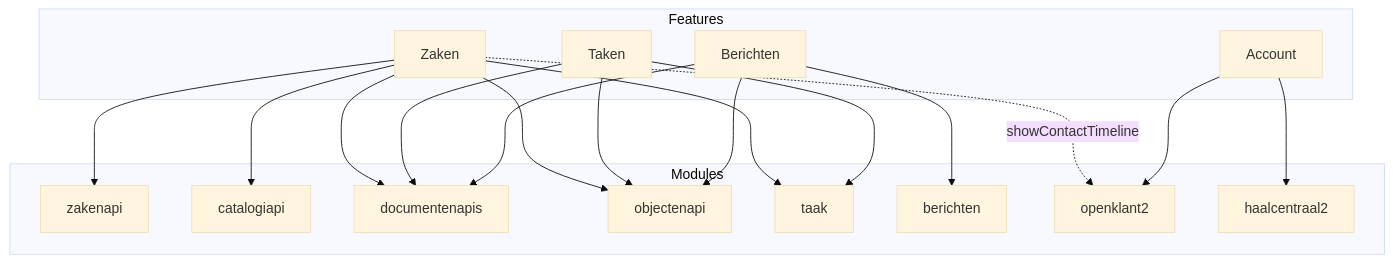
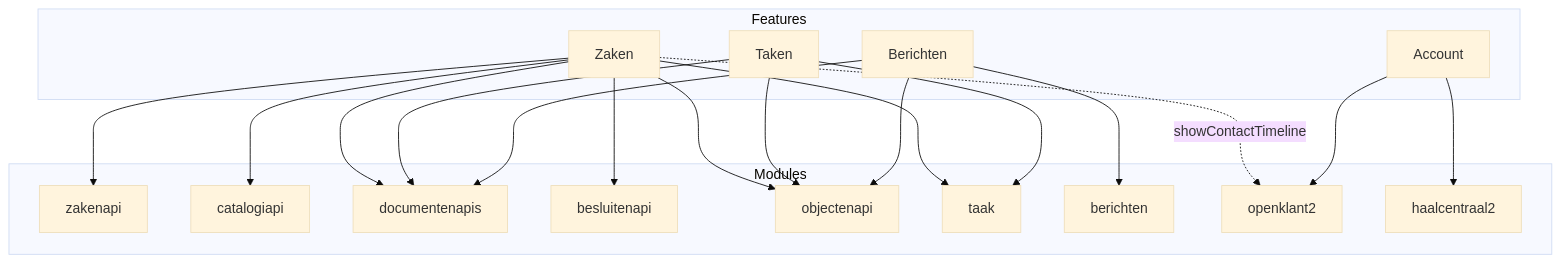
Before and after one commit to nl-portal/nl-portal: the first of 2 diagrams in documentation/configuratie/module-dependency-guide.md, drawn with Mermaid (base theme). The commit also changed other lines of this file and 19 other files, not shown here.

````diff
--- a/documentation/configuratie/module-dependency-guide.md
+++ b/documentation/configuratie/module-dependency-guide.md
@@ -9,38 +16,40 @@
 ```mermaid
 flowchart TB
     subgraph features["Features"]
         zaken["Zaken"]
         taken["Taken"]
         berichten["Berichten"]
         account["Account"]
     end
 
     subgraph modules["Modules"]
         zakenapi["zakenapi"]
         catalogiapi["catalogiapi"]
         documentenapis["documentenapis"]
+        besluitenapi["besluitenapi"]
         objectenapi["objectenapi"]
         taak["taak"]
         berichtenmod["berichten"]
         openklant2["openklant2"]
         haalcentraal2["haalcentraal2"]
     end
 
     zaken --> zakenapi
     zaken --> catalogiapi
     zaken --> documentenapis
+    zaken --> besluitenapi
     zaken --> objectenapi
     zaken --> taak
     zaken -.->|"showContactTimeline"| openklant2
-    
+
     taken --> objectenapi
     taken --> taak
     taken --> documentenapis
-    
+
     berichten --> objectenapi
     berichten --> berichtenmod
     berichten --> documentenapis
-    
+
     account --> haalcentraal2
     account --> openklant2
 ```
````
